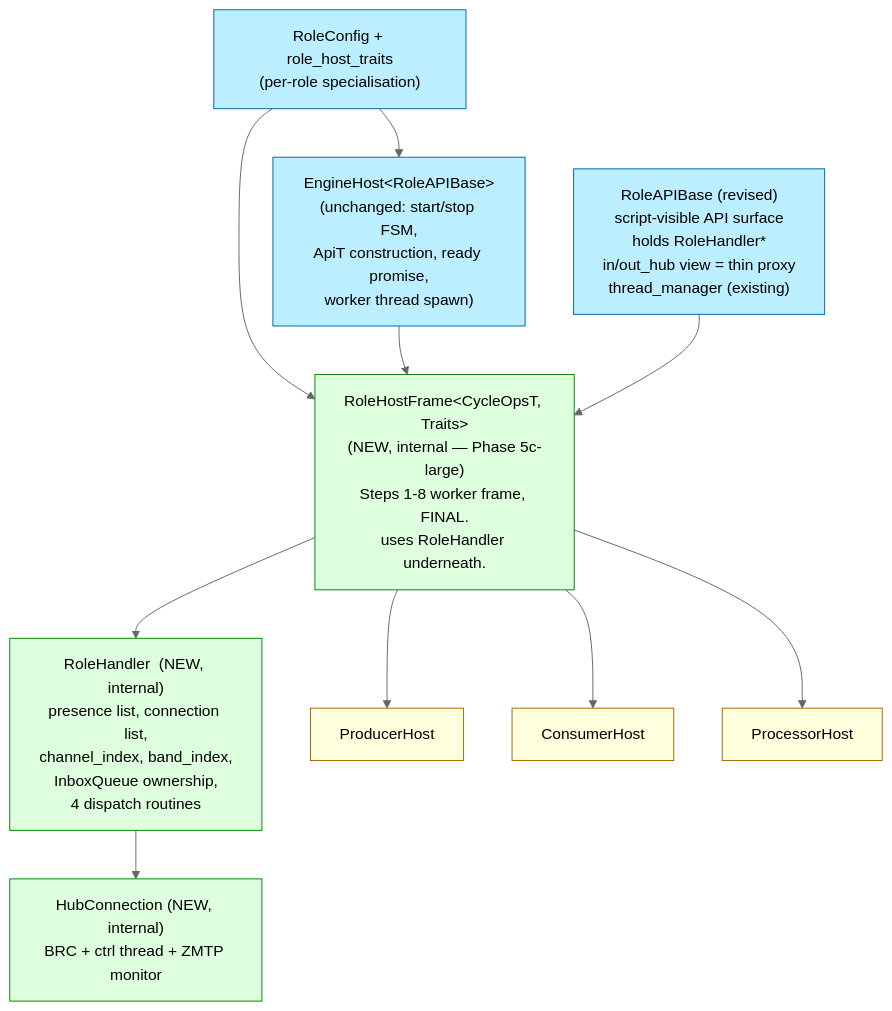
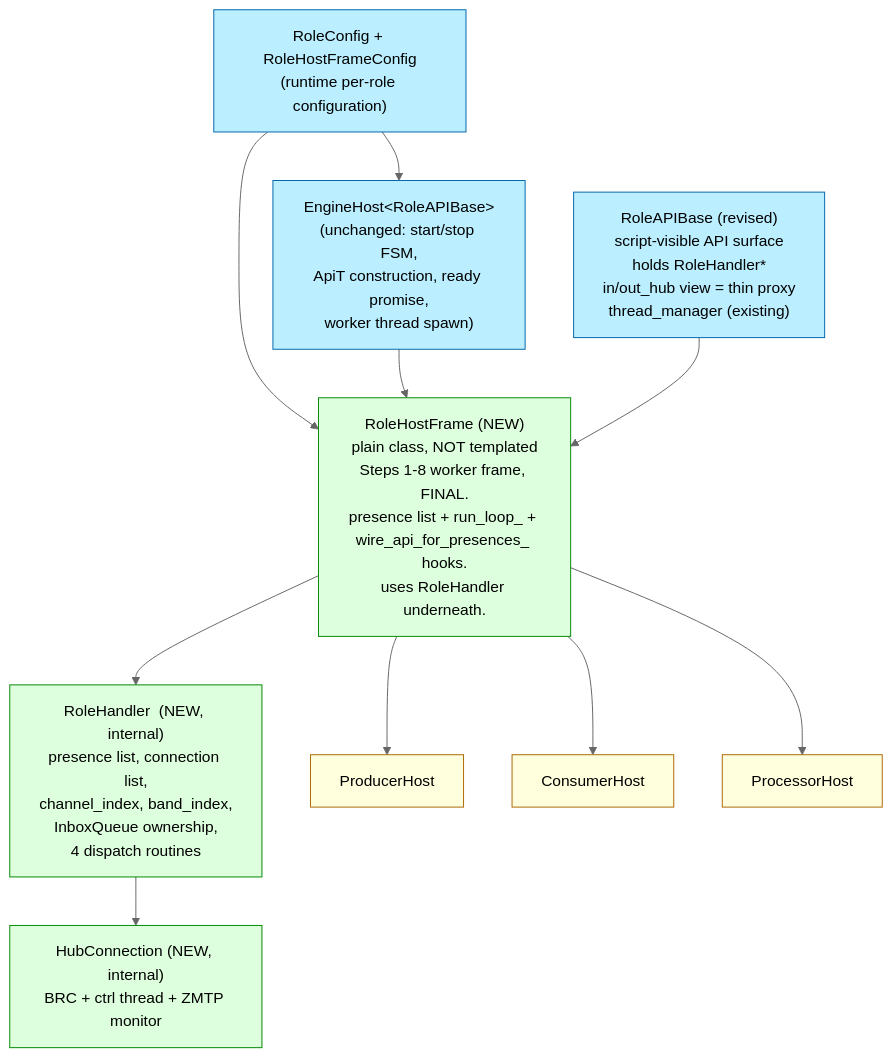
The fourth of 5 diagrams in docs/tech_draft/role_host_template_design.md (Qing-LAB/pylabhub), drawn with Mermaid (neutral theme) before and after one commit. The commit also changed other lines of this file, not shown here.

First line of the commit message:
M9 design: switch CRTP → plain class; rename translation file

````diff
--- a/docs/tech_draft/role_host_template_design.md
+++ b/docs/tech_draft/role_host_template_design.md
@@ -594,32 +594,32 @@
 ```mermaid
 flowchart TB
   classDef public fill:#bef,stroke:#06a
   classDef internal fill:#dfd,stroke:#080
   classDef derived fill:#ffd,stroke:#a60
 
-  CFG["RoleConfig + role_host_traits<br/>(per-role specialisation)"]:::public
+  CFG["RoleConfig + RoleHostFrameConfig<br/>(runtime per-role configuration)"]:::public
 
   RAB_PUB["RoleAPIBase (revised)<br/>script-visible API surface<br/>holds RoleHandler*<br/>in/out_hub view = thin proxy<br/>thread_manager (existing)"]:::public
 
   EH["EngineHost&lt;RoleAPIBase&gt;<br/>(unchanged: start/stop FSM,<br/>ApiT construction, ready promise,<br/>worker thread spawn)"]:::public
 
   RH["RoleHandler  (NEW, internal)<br/>presence list, connection list,<br/>channel_index, band_index,<br/>InboxQueue ownership,<br/>4 dispatch routines"]:::internal
 
-  RHF["RoleHostFrame&lt;CycleOpsT, Traits&gt;<br/>(NEW, internal — Phase 5c-large)<br/>Steps 1-8 worker frame, FINAL.<br/>uses RoleHandler underneath."]:::internal
+  RHF["RoleHostFrame (NEW)<br/>plain class, NOT templated<br/>Steps 1-8 worker frame, FINAL.<br/>presence list + run_loop_ + wire_api_for_presences_ hooks.<br/>uses RoleHandler underneath."]:::internal
 
   HC["HubConnection (NEW, internal)<br/>BRC + ctrl thread + ZMTP monitor"]:::internal
 
   PRD["ProducerHost"]:::derived
   CNS["ConsumerHost"]:::derived
   PRC["ProcessorHost"]:::derived
 
   CFG --> EH
   CFG --> RHF
   EH --> RHF
   RAB_PUB --> RHF
   RHF --> RH
   RH --> HC
   RHF --> PRD
   RHF --> CNS
   RHF --> PRC
 ```
````
